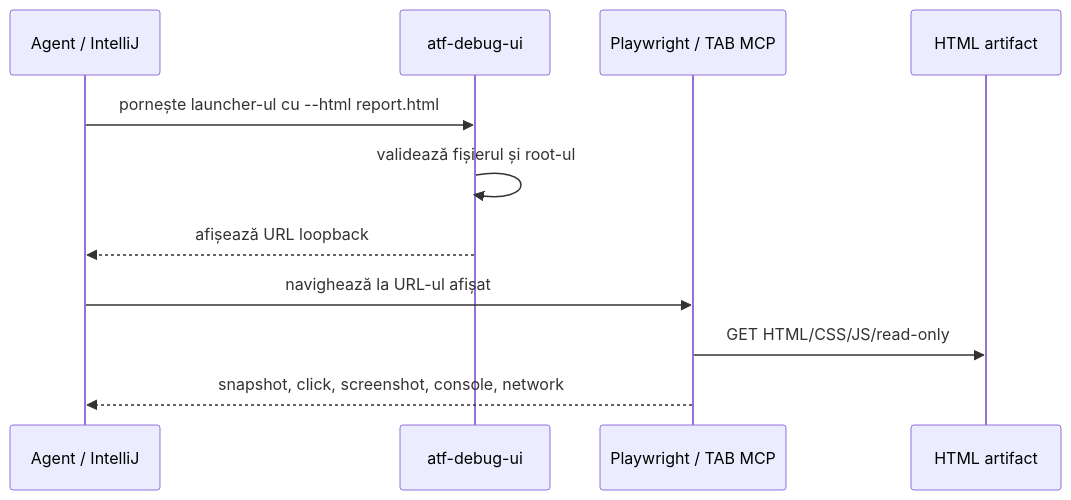
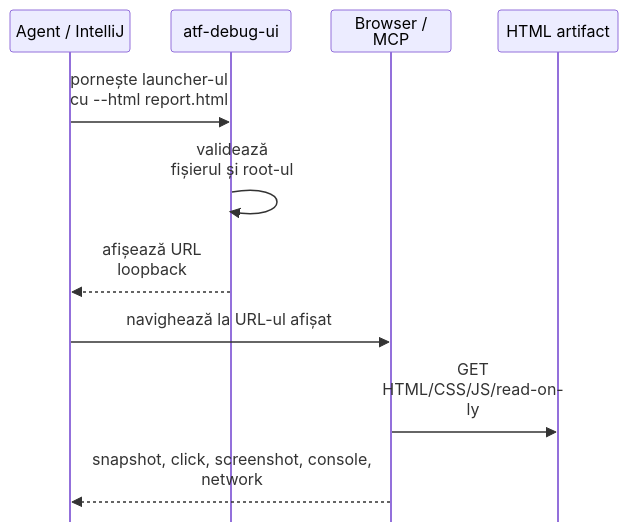
The diagram in atf-debug-ui/README.md (crististefanita/atf_j0), drawn with Mermaid before and after one commit. The commit also changed other lines of this file and 97 other files, not shown here.

````diff
--- a/atf-debug-ui/README.md
+++ b/atf-debug-ui/README.md
@@ -21,14 +21,15 @@
 ```mermaid
+%%{init: {"themeVariables":{"fontSize":"15px","actorFontSize":"15px","messageFontSize":"12px","noteFontSize":"12px"},"themeCSS":".actor { font-size: 15px !important; } .messageText, .labelText, .loopText, .noteText { font-size: 12px !important; }","sequence":{"actorFontSize":15,"messageFontSize":12,"noteFontSize":12,"width":120,"height":42,"actorMargin":40,"messageMargin":24,"mirrorActors":false,"wrap":true,"wrapPadding":6}}}%%
 sequenceDiagram
     participant A as Agent / IntelliJ
     participant D as atf-debug-ui
-    participant P as Playwright / TAB MCP
+    participant P as Browser / MCP
     participant H as HTML artifact
 
     A->>D: pornește launcher-ul cu --html report.html
     D->>D: validează fișierul și root-ul
     D-->>A: afișează URL loopback
     A->>P: navighează la URL-ul afișat
     P->>H: GET HTML/CSS/JS/read-only
     P-->>A: snapshot, click, screenshot, console, network
 ```
````
